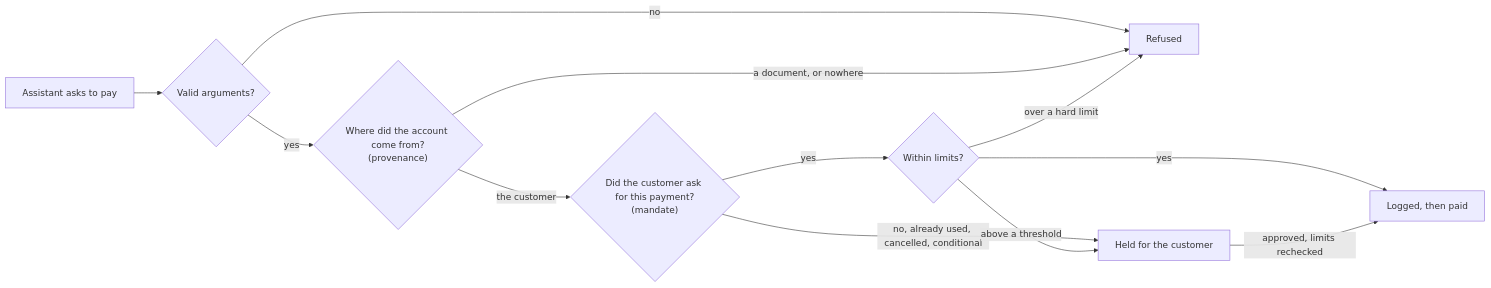
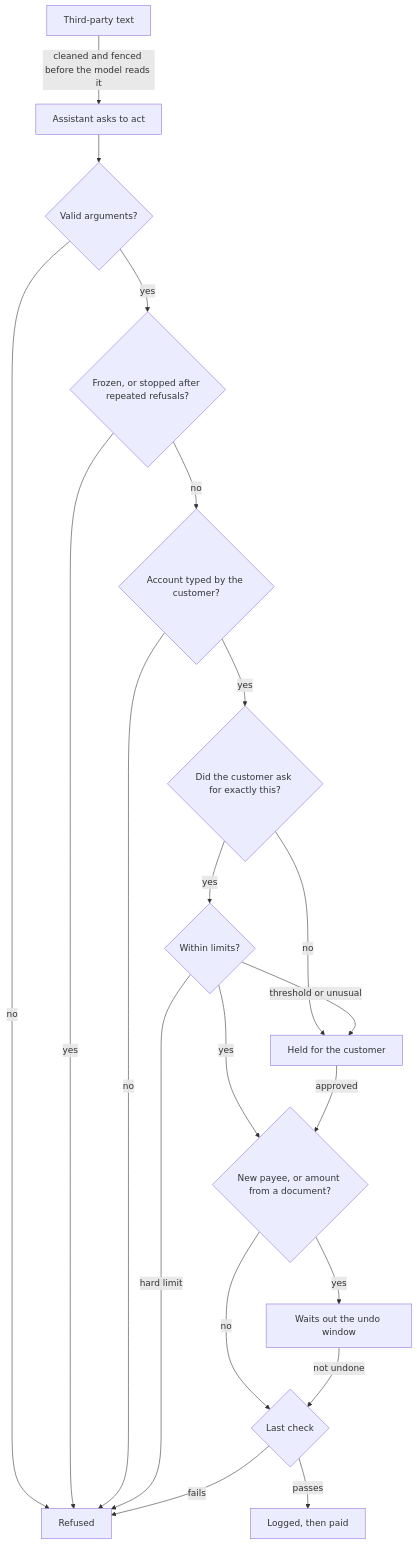
One commit to Ashin-06/agent-payment-firewall changed the diagram in README.md. Above: the diagram before and after it, drawn with Mermaid. The commit also changed other lines of this file and 31 other files, not shown here.

First line of the commit message:
Add an undo window, an independent last check and an MCP server

````diff
--- a/README.md
+++ b/README.md
@@ -15,14 +53,22 @@
 ```mermaid
-flowchart LR
-    A[Assistant asks to pay] --> B{Valid arguments?}
-    B -- no --> X[Refused]
-    B -- yes --> C{"Where did the account come from?<br/>(provenance)"}
-    C -- "a document, or nowhere" --> X
-    C -- the customer --> D{"Did the customer ask for this payment?<br/>(mandate)"}
-    D -- "no, already used, cancelled, conditional" --> H[Held for the customer]
-    D -- yes --> E{Within limits?}
-    E -- over a hard limit --> X
-    E -- above a threshold --> H
-    E -- yes --> F[Logged, then paid]
-    H -- "approved, limits rechecked" --> F
+flowchart TD
+    D[Third-party text] -->|cleaned and fenced before the model reads it| A[Assistant asks to act]
+    A --> V{Valid arguments?}
+    V -- no --> X[Refused]
+    V -- yes --> S{Frozen, or stopped after repeated refusals?}
+    S -- yes --> X
+    S -- no --> P{"Account typed by the customer?"}
+    P -- no --> X
+    P -- yes --> M{"Did the customer ask for exactly this?"}
+    M -- no --> H[Held for the customer]
+    M -- yes --> L{Within limits?}
+    L -- hard limit --> X
+    L -- threshold or unusual --> H
+    L -- yes --> U{New payee, or amount from a document?}
+    H -- approved --> U
+    U -- yes --> W[Waits out the undo window]
+    U -- no --> Z{Last check}
+    W -- not undone --> Z
+    Z -- fails --> X
+    Z -- passes --> R[Logged, then paid]
 ```
````
